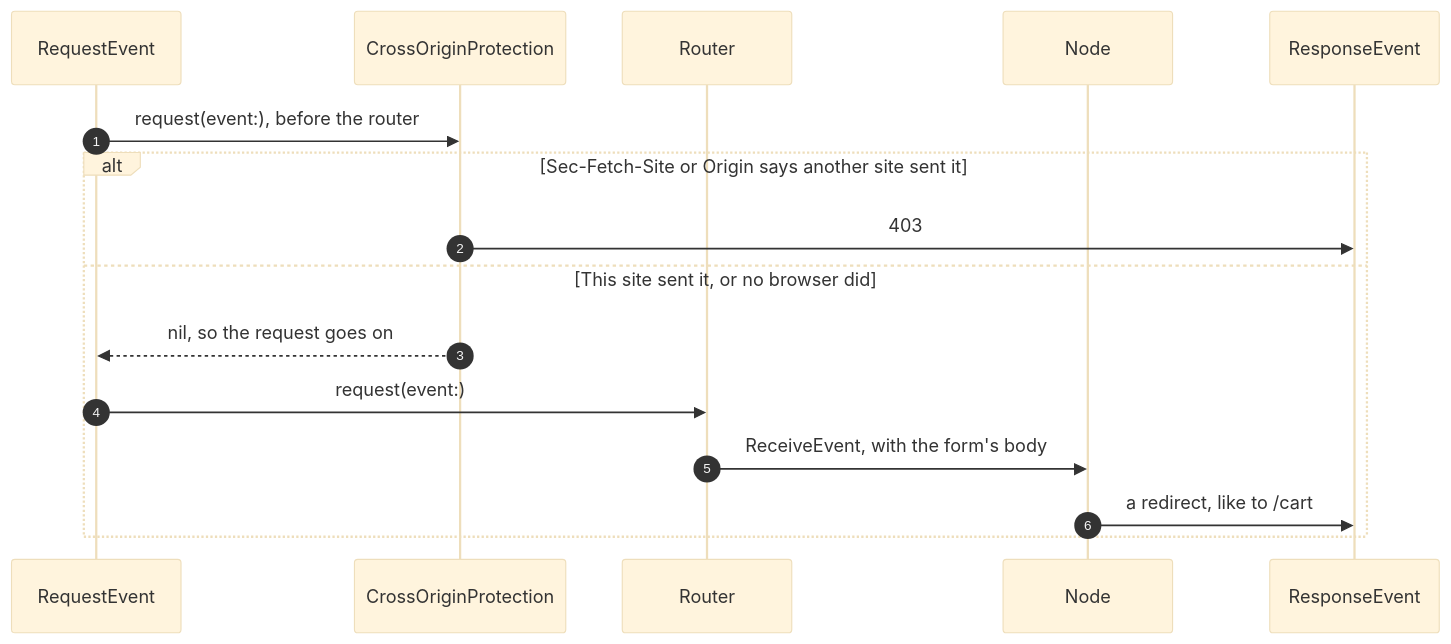
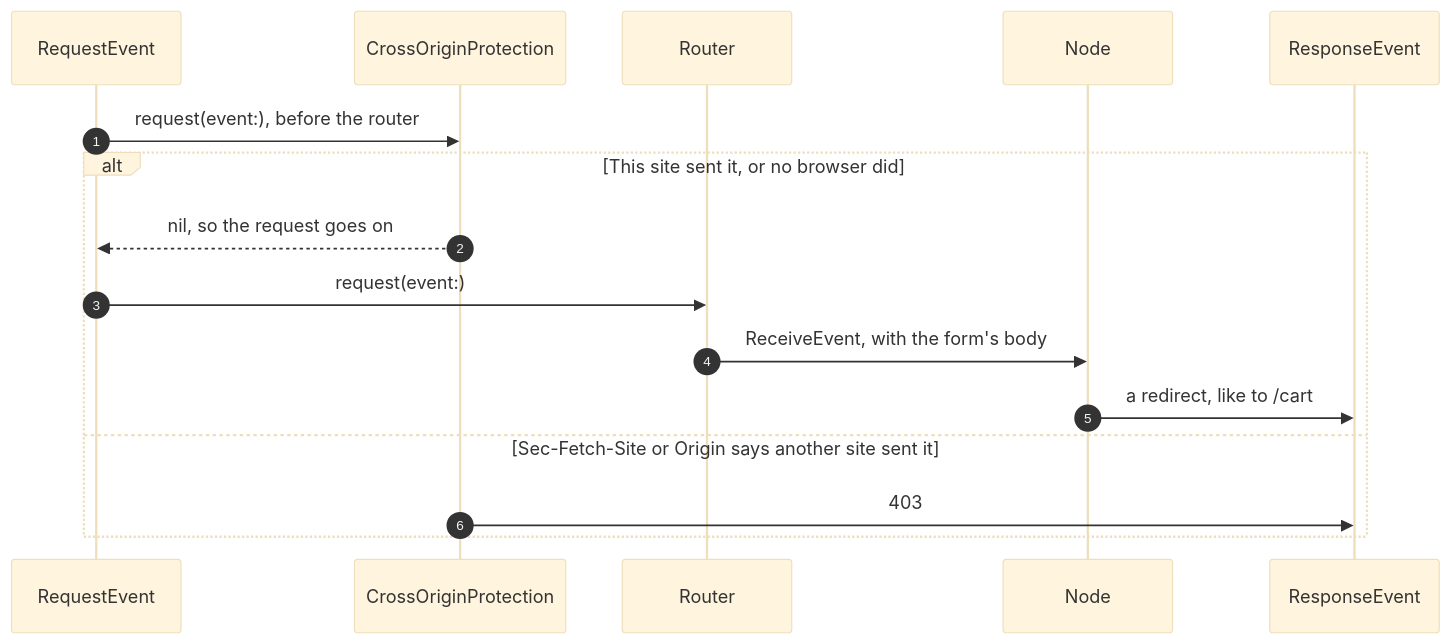
Before and after one commit to rainpour/raindeer-dev: the diagram in app/pages/_home/_case-study.md, drawn with Mermaid (base theme).

Commit message:
Put the case study diagram's good path first, so its steps number in order

````diff
--- a/app/pages/_home/_case-study.md
+++ b/app/pages/_home/_case-study.md
@@ -16,19 +16,19 @@
 ```mermaid
 sequenceDiagram
   autonumber
   participant RequestEvent
   participant Protection as CrossOriginProtection
   participant Router
   participant Node
   participant ResponseEvent
 
   RequestEvent->>Protection: request(event:), before the router
-  alt Sec-Fetch-Site or Origin says another site sent it
-    Protection->>ResponseEvent: 403
-  else This site sent it, or no browser did
+  alt This site sent it, or no browser did
     Protection-->>RequestEvent: nil, so the request goes on
     RequestEvent->>Router: request(event:)
     Router->>Node: ReceiveEvent, with the form's body
     Node->>ResponseEvent: a redirect, like to /cart
+  else Sec-Fetch-Site or Origin says another site sent it
+    Protection->>ResponseEvent: 403
   end
 ```
````
